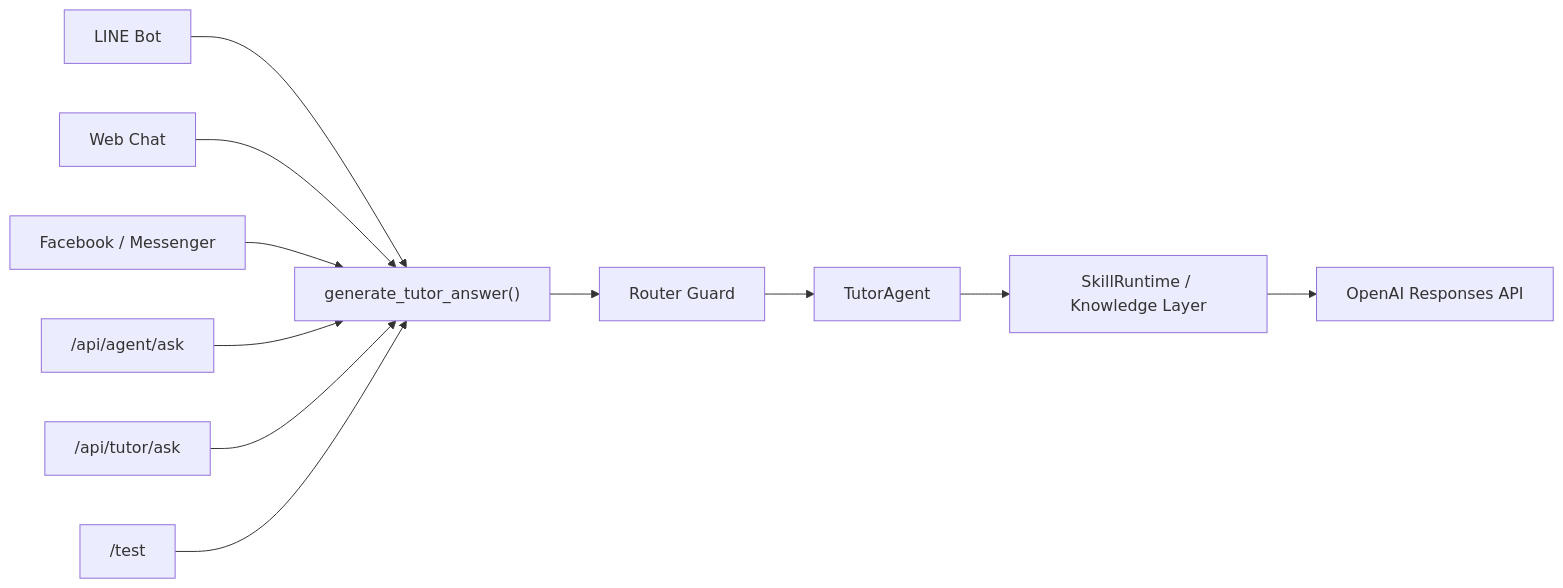
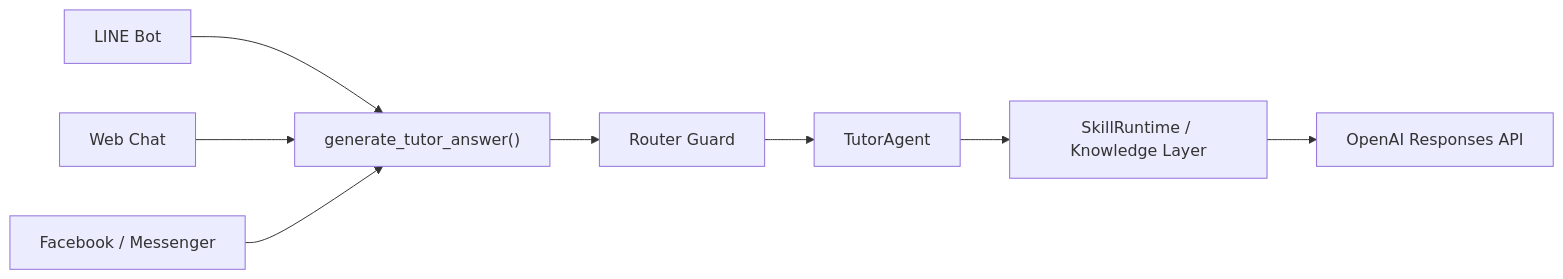
The third of 4 diagrams in docs/architecture/AI_TUTOR_ARCHITECTURE.md (herb14919319/ai-learning-tutor), drawn with Mermaid before and after one commit. The commit also changed other lines of this file and 8 other files, not shown here.

Commit message:
refactor(api): retire external tutor interfaces

````diff
--- a/docs/architecture/AI_TUTOR_ARCHITECTURE.md
+++ b/docs/architecture/AI_TUTOR_ARCHITECTURE.md
@@ -384,13 +370,10 @@
 ```mermaid
 flowchart LR
     LINE["LINE Bot"] --> Core["generate_tutor_answer()"]
     Web["Web Chat"] --> Core
     FB["Facebook / Messenger"] --> Core
-    AgentAPI["/api/agent/ask"] --> Core
-    TutorAPI["/api/tutor/ask"] --> Core
-    Test["/test"] --> Core
     Core --> Guard["Router Guard"]
     Guard --> Agent["TutorAgent"]
     Agent --> Skills["SkillRuntime / Knowledge Layer"]
     Skills --> OpenAI["OpenAI Responses API"]
 ```
````
